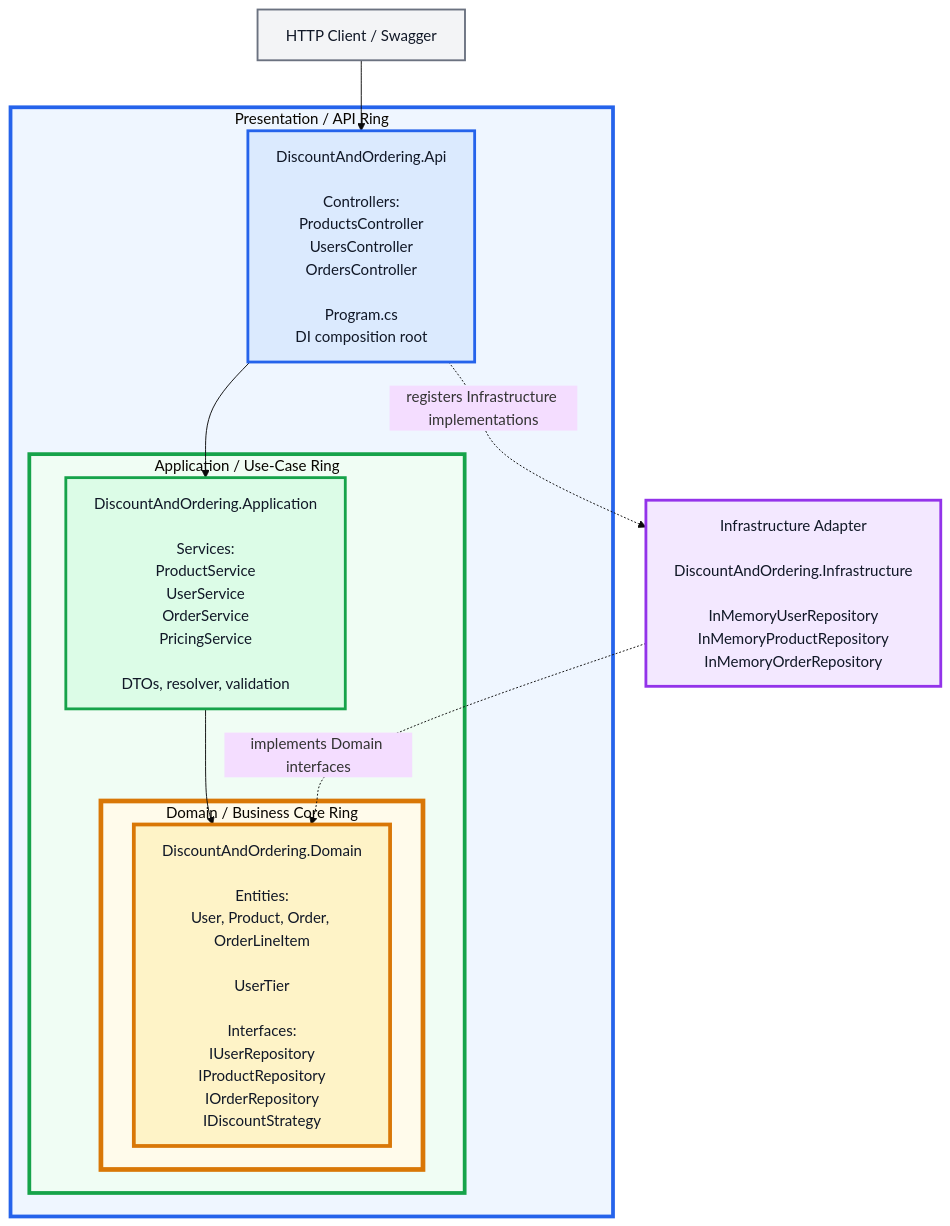
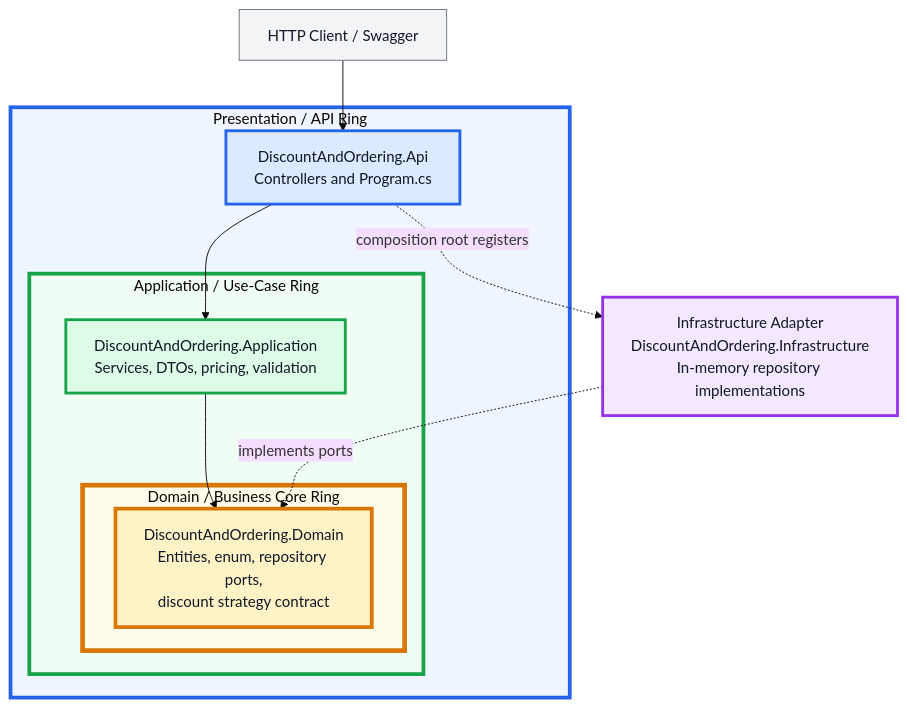
One commit to getdipakkumar2008-coder/strategypatterndiscountuserorder changed the first of 5 diagrams in OnionandDDD.md. Above: the diagram before and after it, drawn with Mermaid (base theme). The commit also changed other lines of this file, not shown here.

Commit message:
Fix DDD circular domain model relationships and Mermaid diagram.

````diff
--- a/OnionandDDD.md
+++ b/OnionandDDD.md
@@ -9,38 +9,40 @@
 ```mermaid
 flowchart TB
+    CLIENT["HTTP Client / Swagger"]
+
     subgraph API_RING["Presentation / API Ring"]
-        API["DiscountAndOrdering.Api<br/><br/>Controllers:<br/>ProductsController<br/>UsersController<br/>OrdersController<br/><br/>Program.cs<br/>DI composition root"]
+        API["DiscountAndOrdering.Api<br/>Controllers and Program.cs"]
 
         subgraph APP_RING["Application / Use-Case Ring"]
-            APP["DiscountAndOrdering.Application<br/><br/>Services:<br/>ProductService<br/>UserService<br/>OrderService<br/>PricingService<br/><br/>DTOs, resolver, validation"]
+            APP["DiscountAndOrdering.Application<br/>Services, DTOs, pricing, validation"]
 
             subgraph DOMAIN_RING["Domain / Business Core Ring"]
-                DOMAIN["DiscountAndOrdering.Domain<br/><br/>Entities:<br/>User, Product, Order, OrderLineItem<br/><br/>UserTier<br/><br/>Interfaces:<br/>IUserRepository<br/>IProductRepository<br/>IOrderRepository<br/>IDiscountStrategy"]
+                DOMAIN["DiscountAndOrdering.Domain<br/>Entities, enum, repository ports,<br/>discount strategy contract"]
             end
         end
     end
 
-    INFRA["Infrastructure Adapter<br/><br/>DiscountAndOrdering.Infrastructure<br/><br/>InMemoryUserRepository<br/>InMemoryProductRepository<br/>InMemoryOrderRepository"]
+    INFRA["Infrastructure Adapter<br/>DiscountAndOrdering.Infrastructure<br/>In-memory repository implementations"]
 
-    CLIENT["HTTP Client / Swagger"] --> API
+    CLIENT --> API
     API --> APP
     APP --> DOMAIN
-    INFRA -. implements Domain interfaces .-> DOMAIN
-    API -. registers Infrastructure implementations .-> INFRA
+    INFRA -. implements ports .-> DOMAIN
+    API -. composition root registers .-> INFRA
 
+    classDef client fill:#f3f4f6,stroke:#6b7280,color:#111827;
     classDef api fill:#dbeafe,stroke:#2563eb,stroke-width:3px,color:#111827;
     classDef app fill:#dcfce7,stroke:#16a34a,stroke-width:3px,color:#111827;
     classDef domain fill:#fef3c7,stroke:#d97706,stroke-width:4px,color:#111827;
     classDef infra fill:#f3e8ff,stroke:#9333ea,stroke-width:3px,color:#111827;
-    classDef client fill:#f3f4f6,stroke:#6b7280,stroke-width:2px,color:#111827;
 
+    class CLIENT client;
     class API api;
     class APP app;
     class DOMAIN domain;
     class INFRA infra;
-    class CLIENT client;
 
-    style API_RING fill:#eff6ff,stroke:#2563eb,stroke-width:4px
-    style APP_RING fill:#f0fdf4,stroke:#16a34a,stroke-width:4px
-    style DOMAIN_RING fill:#fffbeb,stroke:#d97706,stroke-width:5px
+    style API_RING fill:#eff6ff,stroke:#2563eb,stroke-width:4px;
+    style APP_RING fill:#f0fdf4,stroke:#16a34a,stroke-width:4px;
+    style DOMAIN_RING fill:#fffbeb,stroke:#d97706,stroke-width:5px;
 ```
````
